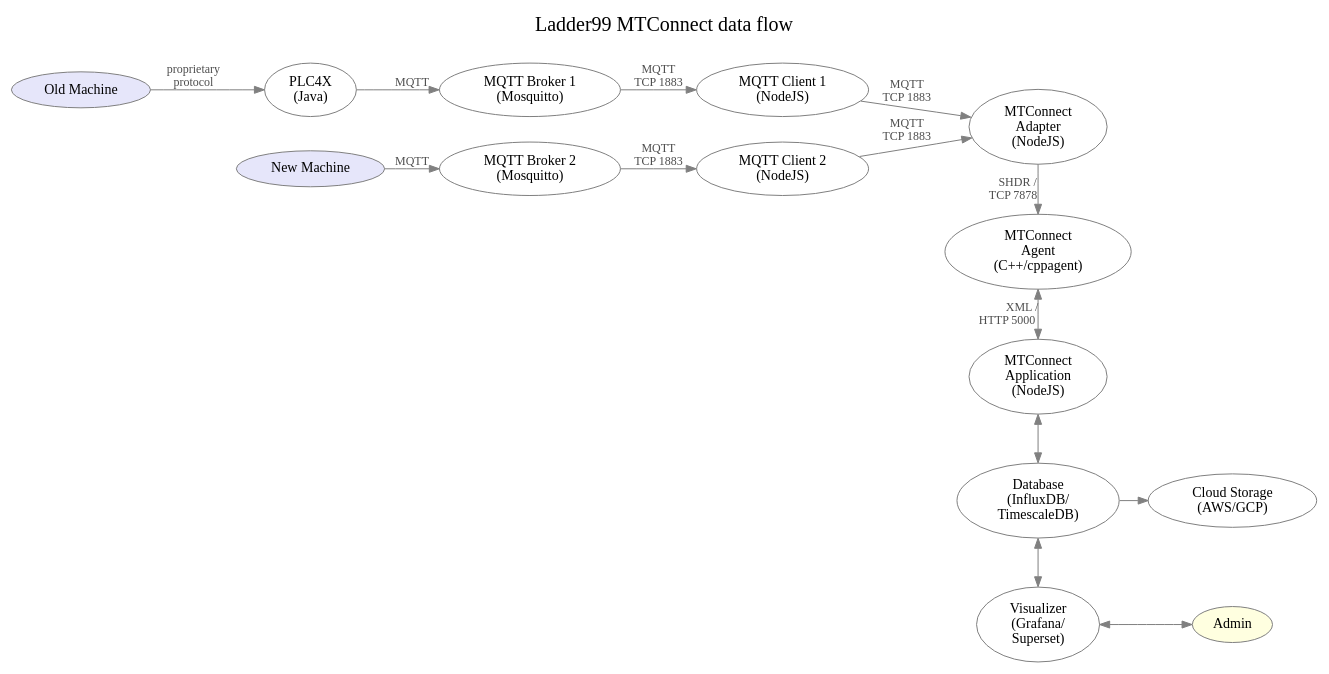
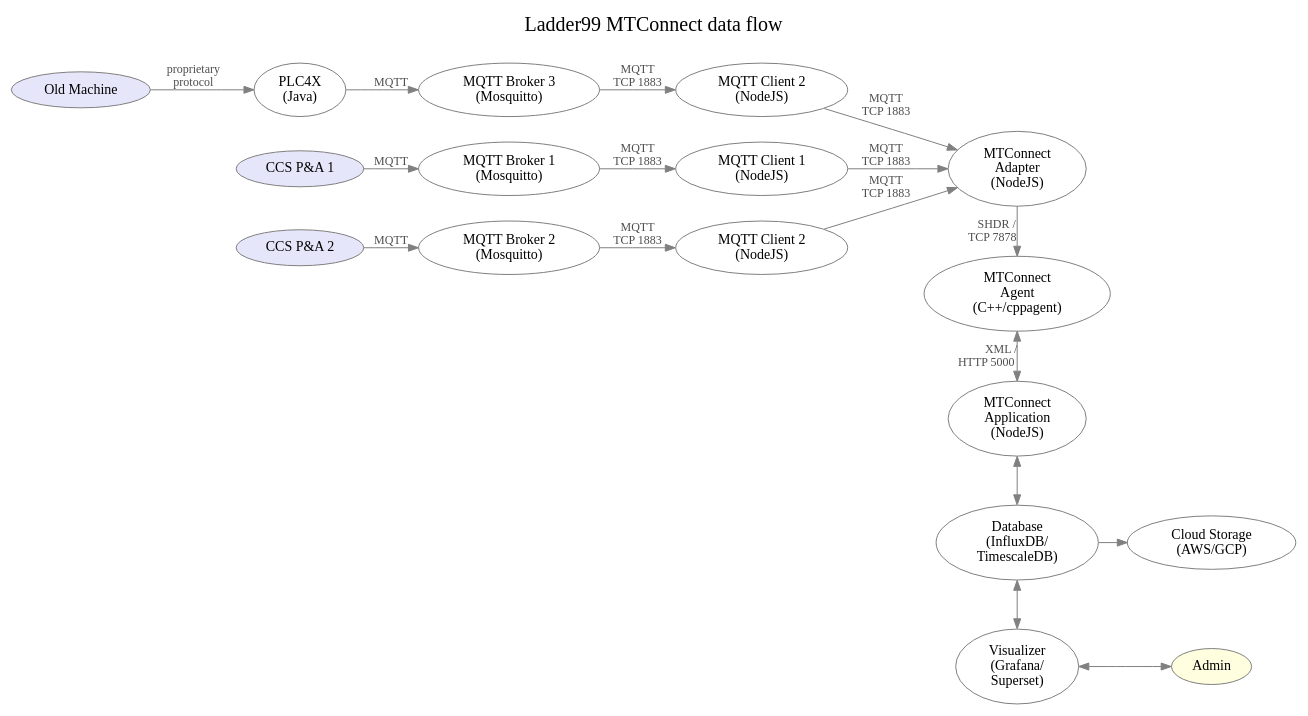
One commit to Ladder99/ladder99 changed the diagram in docs/architecture.dot. Above: the diagram before and after it, drawn with Graphviz.

```diff
--- a/docs/architecture.dot
+++ b/docs/architecture.dot
@@ -1,74 +1,80 @@
 digraph "ladder99-adapter" {
 
   // styles
   graph [ label="Ladder99 MTConnect data flow\n "; color=lightgray; ];
   graph [ fontsize=20 ];
   graph [ labelloc=t ];
   graph [ ranksep=0.2 ];
   graph [ nodesep=0.35 ];
   graph [ rankdir=LR; ] // left-to-right
   node [ color=gray; fillcolor=white; style=filled ];
   edge [ color=gray ];
   edge [ fontsize=12; fontcolor=gray30; ];
 
   // nodes
   OldMachine [ fillcolor=lavender; label="Old Machine" ];
-  NewMachine [ fillcolor=lavender; label="New Machine" ];
   PLC4X [ label="PLC4X\n(Java)" ];
+  PA1 [ fillcolor=lavender; label="CCS P&A 1" ];
+  PA2 [ fillcolor=lavender; label="CCS P&A 2" ];
   Broker1 [ label="MQTT Broker 1\n(Mosquitto)" ];
   Broker2 [ label="MQTT Broker 2\n(Mosquitto)" ];
+  Broker3 [ label="MQTT Broker 3\n(Mosquitto)" ];
   Client1 [ label="MQTT Client 1\n(NodeJS)" ];
   Client2 [ label="MQTT Client 2\n(NodeJS)" ];
+  Client3 [ label="MQTT Client 2\n(NodeJS)" ];
   Adapter [ label="MTConnect\nAdapter\n(NodeJS)" ];
   // Device1Sheet [ fillcolor=greenyellow; label="device1.sheet" ];
   // Device1Yaml [ fillcolor=greenyellow; label="device1.yaml" ];
   // Device1Js [ label="device1.js" ];
   // Device2Sheet [ fillcolor=greenyellow; label="device2.sheet" ];
   // Device2Yaml [ fillcolor=greenyellow; label="device2.yaml" ];
   // Device2Js [ label="device2.js" ];
   // DiodeSender [ label="Diode Sender\n(Java+RabbitMQ)" ];
   // DiodeReceiver [ label="Diode Receiver\n(Java+RabbitMQ)" ];
   // DevicesXml [ label="devices.xml" ];
   Agent [ label="MTConnect\nAgent\n(C++/cppagent)" ];
   Application [ label="MTConnect\nApplication\n(NodeJS)" ];
   Database [ label="Database\n(InfluxDB/\nTimescaleDB)" ];
   Visualizer [ label="Visualizer\n(Grafana/\nSuperset)" ];
   Cloud [ label="Cloud Storage\n(AWS/GCP)" ];
   Admin [ fillcolor=lightyellow ];
   // LOI [ label="LOI\n(SvelteJS)" ];
   // Operator [ fillcolor=lightyellow ];
 
   // edges
   OldMachine -> PLC4X [ label="proprietary\nprotocol" ];
-  PLC4X -> Broker1 [ label="MQTT" ];
-  NewMachine -> Broker2 [ label="MQTT" ];
+  PLC4X -> Broker3 [ label="MQTT" ];
+  PA1 -> Broker1 [ label="MQTT" ];
+  PA2 -> Broker2 [ label="MQTT" ];
   Broker1 -> Client1 [ label="MQTT\nTCP 1883" ];
   Broker2 -> Client2 [ label="MQTT\nTCP 1883" ];
+  Broker3 -> Client3 [ label="MQTT\nTCP 1883" ];
   Client1 -> Adapter [ label="MQTT\nTCP 1883" ];
   Client2 -> Adapter [ label="MQTT\nTCP 1883" ];
+  Client3 -> Adapter [ label="MQTT\nTCP 1883" ];
   Adapter -> Agent [ label="SHDR /   \nTCP 7878      " ];
   // Device1Sheet -> Device1Yaml [ label="feeds into" ];
   // Device1Yaml -> Device1Js [ label="generates" ];
   // Device1Js -> Client1 [ label="used by" ];
   // Device2Sheet -> Device2Yaml [ label="feeds into" ];
   // Device2Yaml -> Device2Js [ label="generates" ];
   // Device2Js -> Client2 [ label="used by" ];
   // Device1Yaml -> DevicesXml [ label="generates" ];
   // Device2Yaml -> DevicesXml [ label="generates" ];
   // DiodeSender -> DiodeReceiver [ label="UDP    " ];
   // DiodeReceiver -> Agent [ label="SHDR /    \nTCP 7878        " ];
   // Adapter -> Agent [ label="SHDR/\nTCP 7878" ];
   // DevicesXml -> Agent [ label="used by" ];
   Agent -> Application [ dir=both; label="XML / \nHTTP 5000          " ];
   Application -> Database [ dir=both ];
   Database -> Visualizer [ dir=both ];
   Database -> Cloud;
   Visualizer -> Admin [ dir=both ];
   // Application -> LOI;
   // LOI -> Operator;
 
   // rank
   // { rank=same; DiodeSender DiodeReceiver Agent Application Database Visualizer };
   { rank=same; Adapter Agent Application Database Visualizer };
   { rank=same; Cloud Admin };
 }
```
